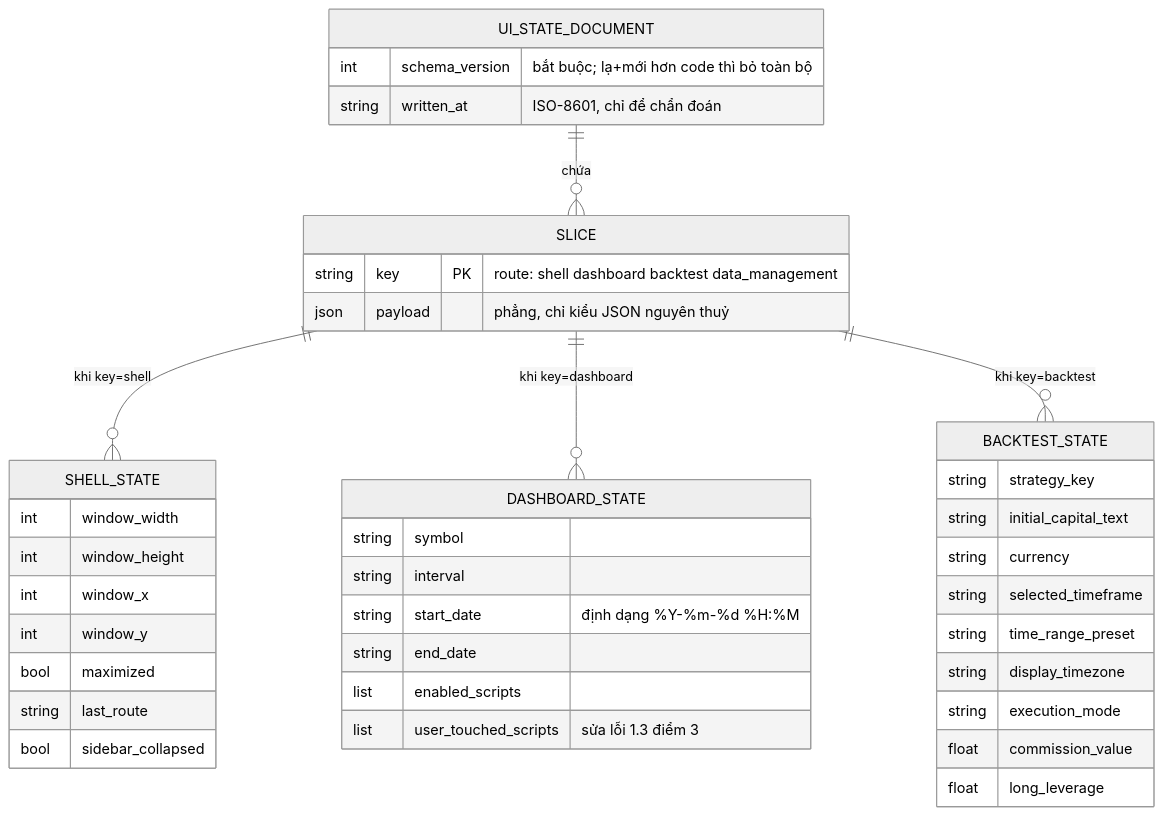
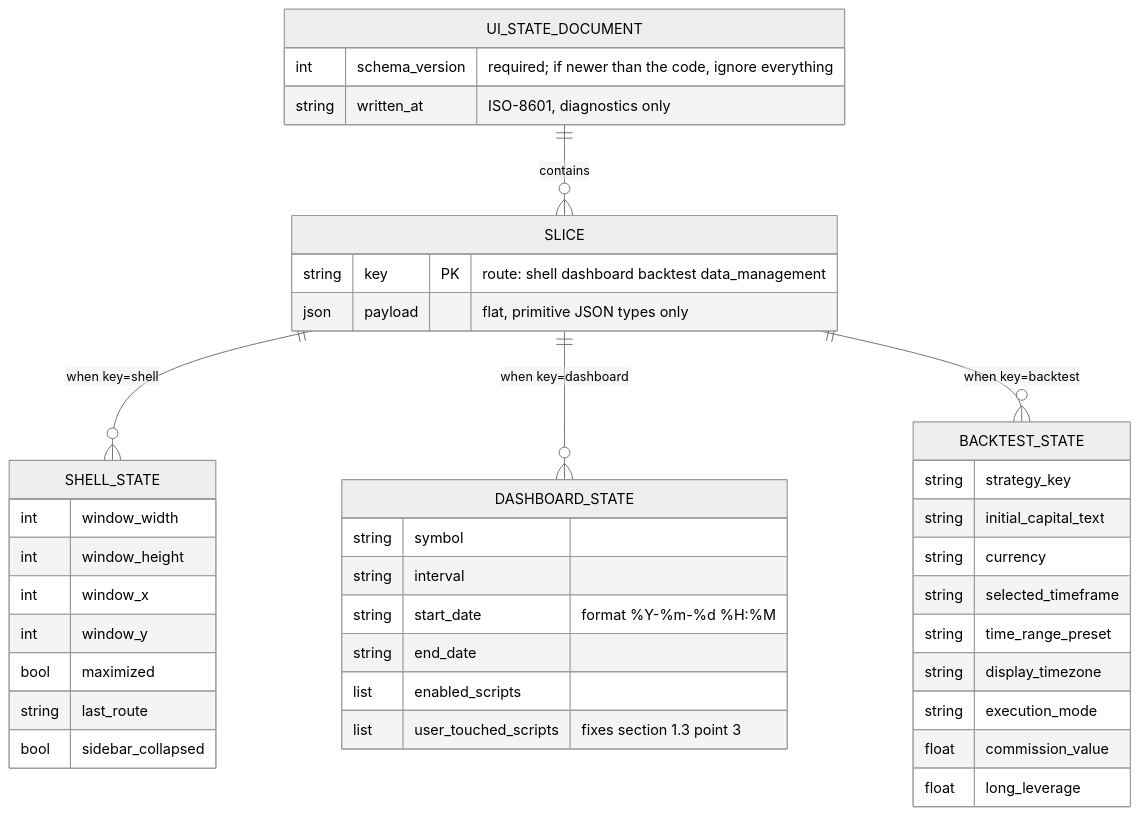
One commit to anhembedded/Sagittarius_Elite_Warrior changed the tenth of 12 diagrams in Tasks/epics/EPIC-010_ghi_nho_gia_tri_cuoi/design/DESIGN_2026-08-25_ui_state_persistence.md. Above: the diagram before and after it, drawn with Mermaid (neutral theme). The commit also changed other lines of this file and 1 other file, not shown here.

````diff
--- a/Tasks/epics/EPIC-010_ghi_nho_gia_tri_cuoi/design/DESIGN_2026-08-25_ui_state_persistence.md
+++ b/Tasks/epics/EPIC-010_ghi_nho_gia_tri_cuoi/design/DESIGN_2026-08-25_ui_state_persistence.md
@@ -766,44 +792,44 @@
 ```mermaid
 erDiagram
-    UI_STATE_DOCUMENT ||--o{ SLICE : "chứa"
+    UI_STATE_DOCUMENT ||--o{ SLICE : "contains"
     UI_STATE_DOCUMENT {
-        int schema_version "bắt buộc; lạ+mới hơn code thì bỏ toàn bộ"
-        string written_at "ISO-8601, chỉ để chẩn đoán"
+        int schema_version "required; if newer than the code, ignore everything"
+        string written_at "ISO-8601, diagnostics only"
     }
     SLICE {
         string key PK "route: shell dashboard backtest data_management"
-        json payload "phẳng, chỉ kiểu JSON nguyên thuỷ"
+        json payload "flat, primitive JSON types only"
     }
-    SLICE ||--o{ SHELL_STATE : "khi key=shell"
-    SLICE ||--o{ DASHBOARD_STATE : "khi key=dashboard"
-    SLICE ||--o{ BACKTEST_STATE : "khi key=backtest"
+    SLICE ||--o{ SHELL_STATE : "when key=shell"
+    SLICE ||--o{ DASHBOARD_STATE : "when key=dashboard"
+    SLICE ||--o{ BACKTEST_STATE : "when key=backtest"
 
     SHELL_STATE {
         int window_width
         int window_height
         int window_x
         int window_y
         bool maximized
         string last_route
         bool sidebar_collapsed
     }
     DASHBOARD_STATE {
         string symbol
         string interval
-        string start_date "định dạng %Y-%m-%d %H:%M"
+        string start_date "format %Y-%m-%d %H:%M"
         string end_date
         list enabled_scripts
-        list user_touched_scripts "sửa lỗi 1.3 điểm 3"
+        list user_touched_scripts "fixes section 1.3 point 3"
     }
     BACKTEST_STATE {
         string strategy_key
         string initial_capital_text
         string currency
         string selected_timeframe
         string time_range_preset
         string display_timezone
         string execution_mode
         float commission_value
         float long_leverage
     }
 ```
````
